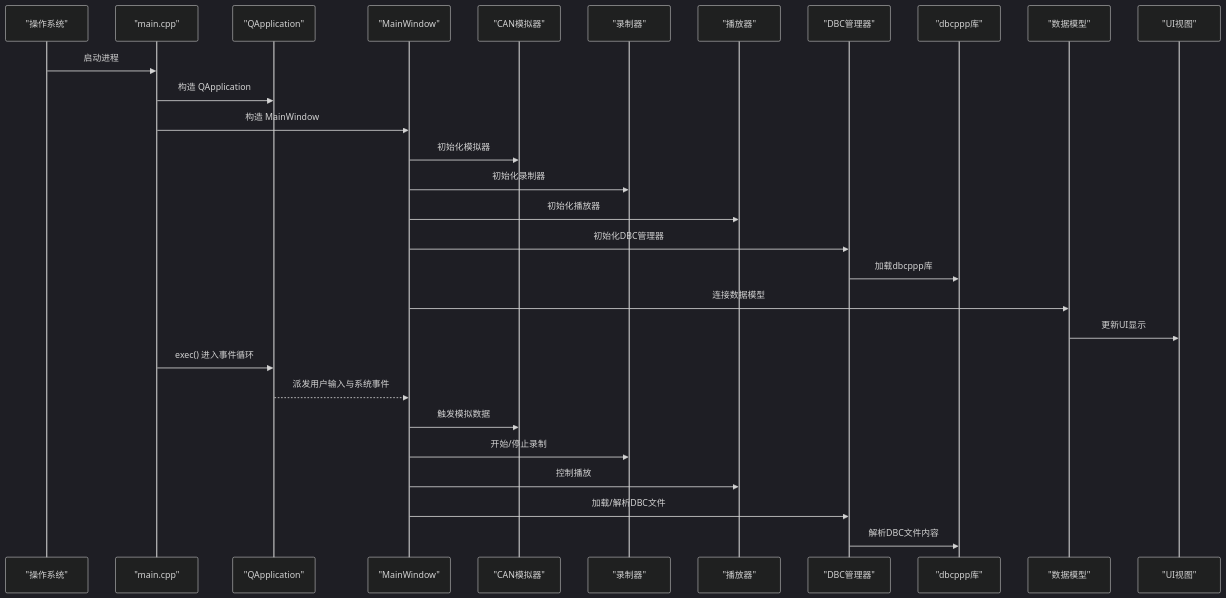
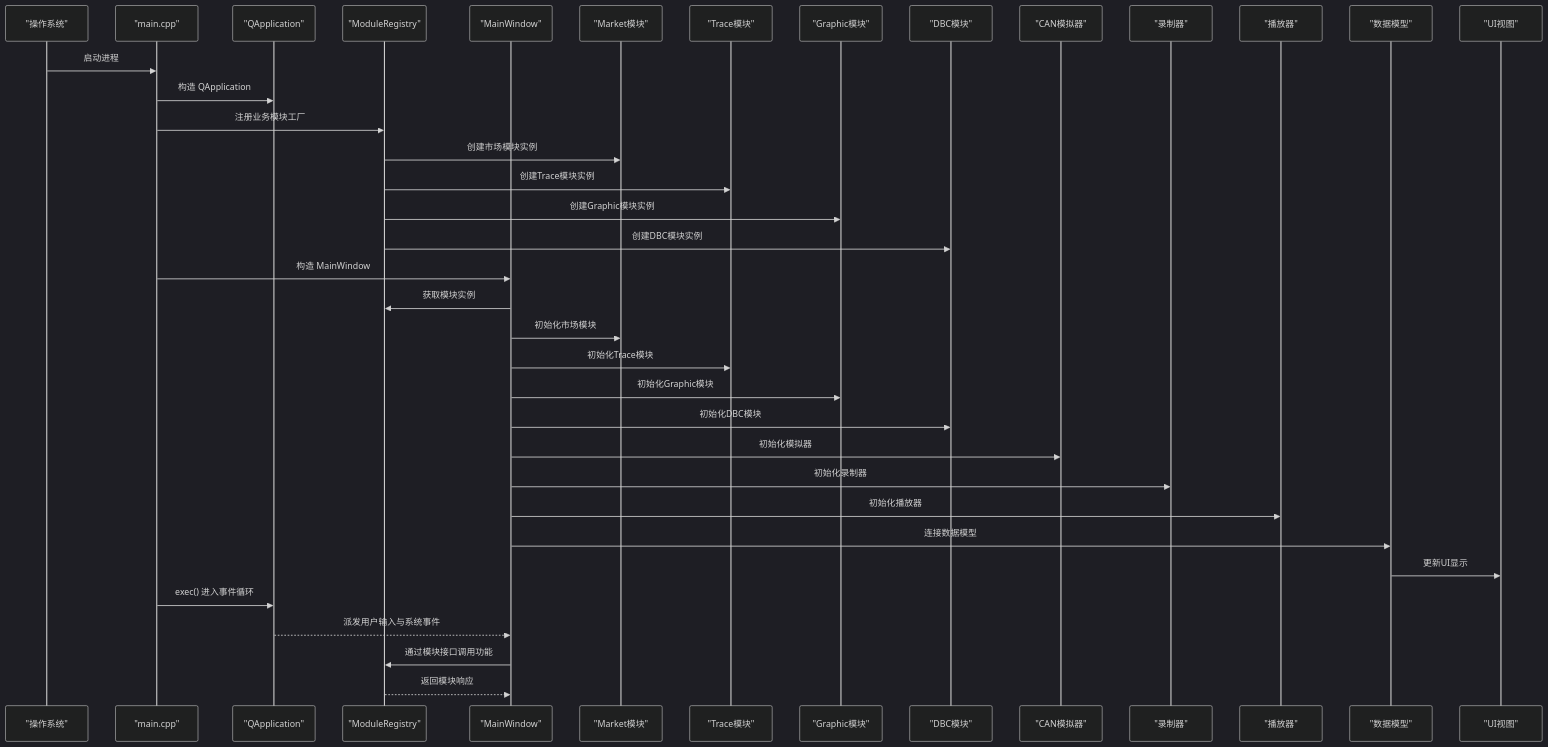
The second of 7 diagrams in .qoder/repowiki/zh/content/核心模块详解/核心模块详解.md (jakecai1225-design/OpenBus), drawn with Mermaid (dark theme) before and after one commit. The commit also changed other lines of this file and 177 other files, not shown here.

````diff
--- a/.qoder/repowiki/zh/content/核心模块详解/核心模块详解.md
+++ b/.qoder/repowiki/zh/content/核心模块详解/核心模块详解.md
@@ -164,31 +185,39 @@
 ```mermaid
 sequenceDiagram
 participant OS as "操作系统"
 participant Main as "main.cpp"
 participant App as "QApplication"
+participant Registry as "ModuleRegistry"
 participant Win as "MainWindow"
+participant Market as "Market模块"
+participant Trace as "Trace模块"
+participant Graphic as "Graphic模块"
+participant DBC as "DBC模块"
 participant Sim as "CAN模拟器"
 participant Rec as "录制器"
 participant Play as "播放器"
-participant DBC as "DBC管理器"
-participant DBCPP as "dbcppp库"
 participant Model as "数据模型"
 participant View as "UI视图"
 OS->>Main : 启动进程
 Main->>App : 构造 QApplication
+Main->>Registry : 注册业务模块工厂
+Registry->>Market : 创建市场模块实例
+Registry->>Trace : 创建Trace模块实例
+Registry->>Graphic : 创建Graphic模块实例
+Registry->>DBC : 创建DBC模块实例
 Main->>Win : 构造 MainWindow
+Win->>Registry : 获取模块实例
+Win->>Market : 初始化市场模块
+Win->>Trace : 初始化Trace模块
+Win->>Graphic : 初始化Graphic模块
+Win->>DBC : 初始化DBC模块
 Win->>Sim : 初始化模拟器
 Win->>Rec : 初始化录制器
 Win->>Play : 初始化播放器
-Win->>DBC : 初始化DBC管理器
-DBC->>DBCPP : 加载dbcppp库
 Win->>Model : 连接数据模型
 Model->>View : 更新UI显示
 Main->>App : exec() 进入事件循环
 App-->>Win : 派发用户输入与系统事件
-Win->>Sim : 触发模拟数据
-Win->>Rec : 开始/停止录制
-Win->>Play : 控制播放
-Win->>DBC : 加载/解析DBC文件
-DBC->>DBCPP : 解析DBC文件内容
+Win->>Registry : 通过模块接口调用功能
+Registry-->>Win : 返回模块响应
 ```
````
